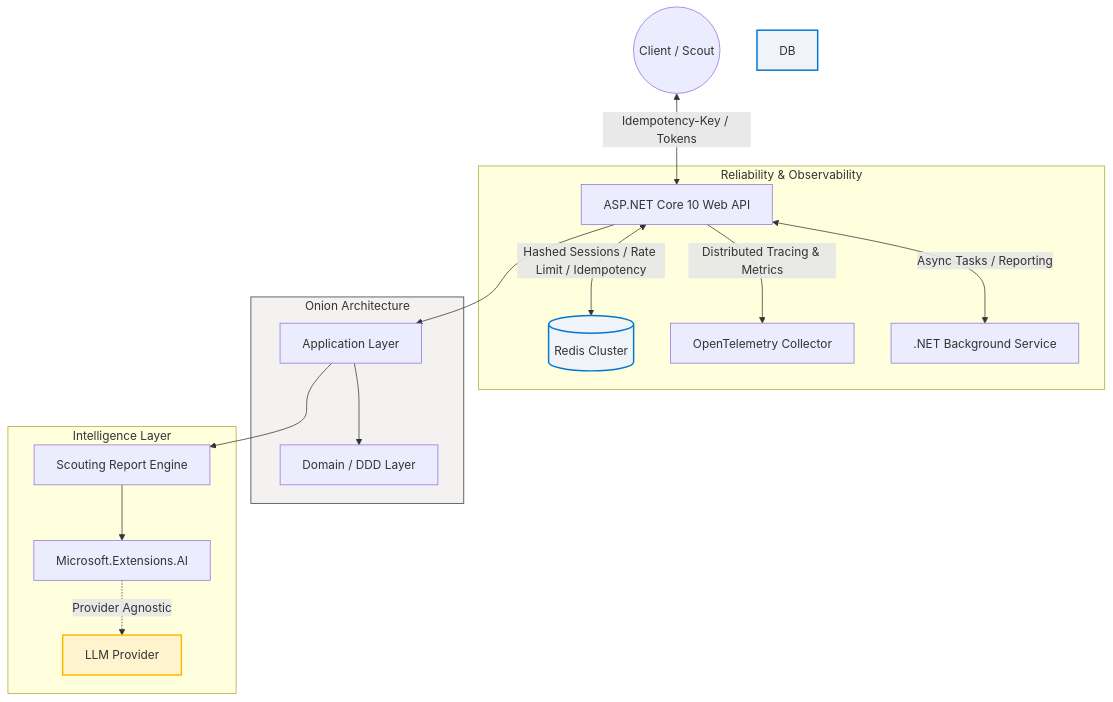
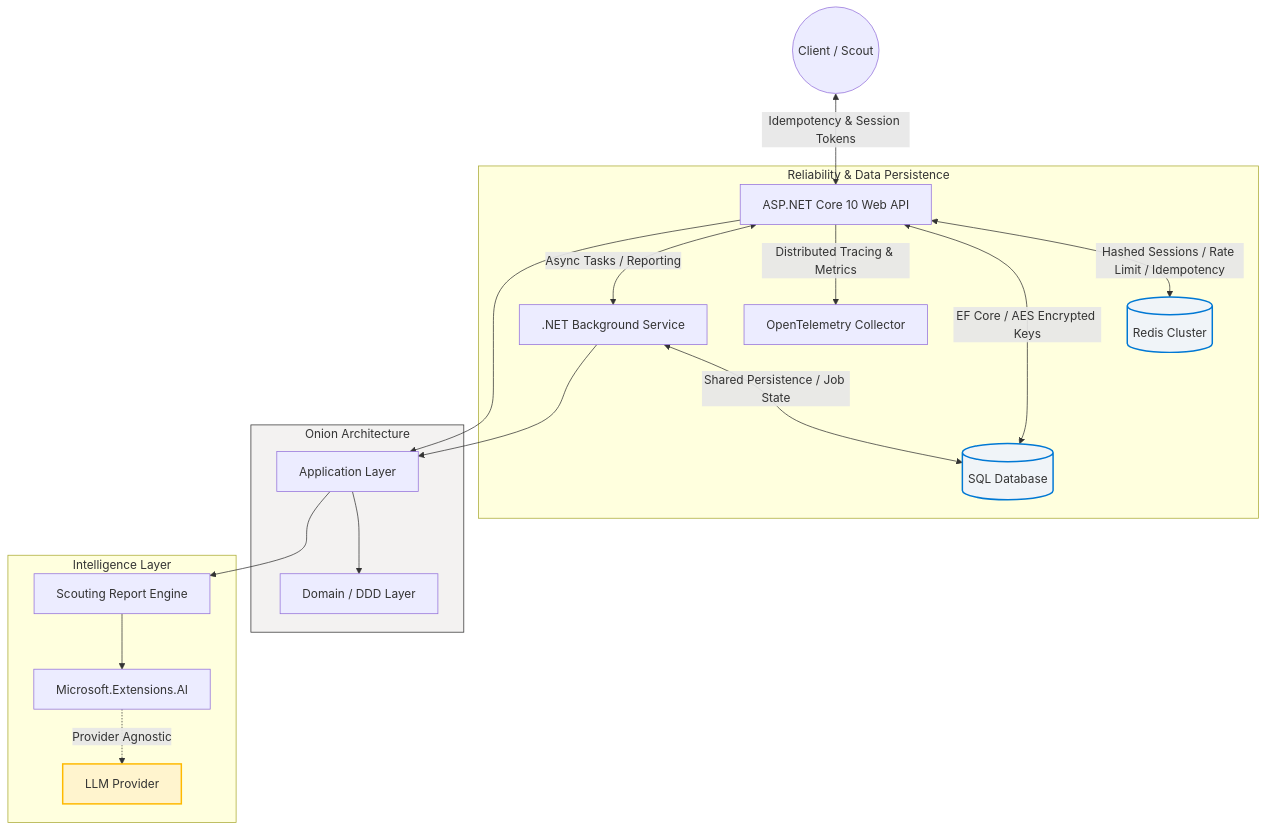
One commit to awoniyimuyiwa/soccermanager changed the diagram in README.md. Above: the diagram before and after it, drawn with Mermaid.

Commit message:
update architecture diagram to reflect SQL persistence for background jobs

````diff
--- a/README.md
+++ b/README.md
@@ -50,27 +50,30 @@
 ```mermaid
 graph TD
-    Client((Client / Scout)) <-->|Idempotency-Key / Tokens| API[ASP.NET Core 10 Web API]
+    Client((Client / Scout)) <-->|Idempotency & Session Tokens| API[ASP.NET Core 10 Web API]
     
-    subgraph Security_Infrastructure [Reliability & Observability]
+    subgraph Infrastructure [Reliability & Data Persistence]
         API <-->|Hashed Sessions / Rate Limit / Idempotency| Redis[(Redis Cluster)]
+        API <-->|EF Core / AES Encrypted Keys| DB[(SQL Database)]
+        Jobs <-->|Shared Persistence / Job State| DB
         API -->|Distributed Tracing & Metrics| OTel[OpenTelemetry Collector]
         API <-->|Async Tasks / Reporting| Jobs[.NET Background Service]
     end
 
     subgraph Core_Logic [Onion Architecture]
         API --> App[Application Layer]
+        Jobs --> App[Application Layer]
         App --> Domain[Domain / DDD Layer]
     end
 
     subgraph Intelligence_Layer [Intelligence Layer]
         App --> AI_Service[Scouting Report Engine]
         AI_Service --> MSExtAI[Microsoft.Extensions.AI]
         MSExtAI -.->|Provider Agnostic| LLM[LLM Provider]
     end
 
     %% Styling
     style Redis fill:#f0f4f8,stroke:#0078d4,stroke-width:2px
     style DB fill:#f0f4f8,stroke:#0078d4,stroke-width:2px
     style LLM fill:#fff4ce,stroke:#ffb900,stroke-width:2px
     style Core_Logic fill:#f3f2f1,stroke:#333
 ```
````
